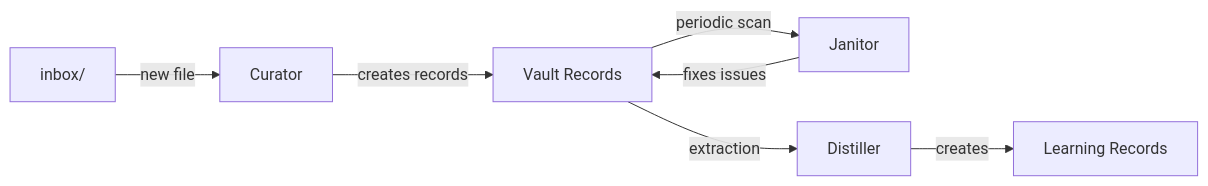
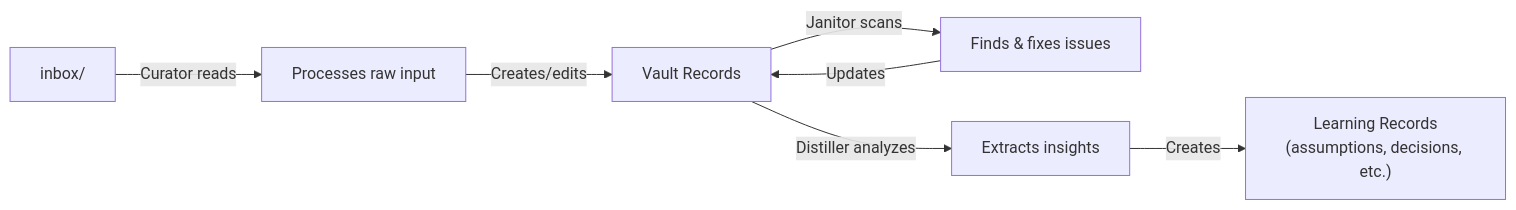
One commit to ssdavidai/alfred-documentation changed the second of 2 diagrams in architecture.mdx. Above: the diagram before and after it, drawn with Mermaid. The commit also changed other lines of this file and 6 other files, not shown here.

````diff
--- a/architecture.mdx
+++ b/architecture.mdx
@@ -155,9 +81,9 @@
 ```mermaid
 graph LR
-    Inbox["inbox/"] -->|new file| Curator
-    Curator -->|creates records| Vault["Vault Records"]
-    Vault -->|periodic scan| Janitor
-    Janitor -->|fixes issues| Vault
-    Vault -->|extraction| Distiller
-    Distiller -->|creates| Learnings["Learning Records"]
+    Inbox["inbox/"] -->|Curator reads| Step1["Processes raw input"]
+    Step1 -->|Creates/edits| Vault["Vault Records"]
+    Vault -->|Janitor scans| Step2["Finds & fixes issues"]
+    Step2 -->|Updates| Vault
+    Vault -->|Distiller analyzes| Step3["Extracts insights"]
+    Step3 -->|Creates| Learning["Learning Records<br/>(assumptions, decisions, etc.)"]
 ```
````
